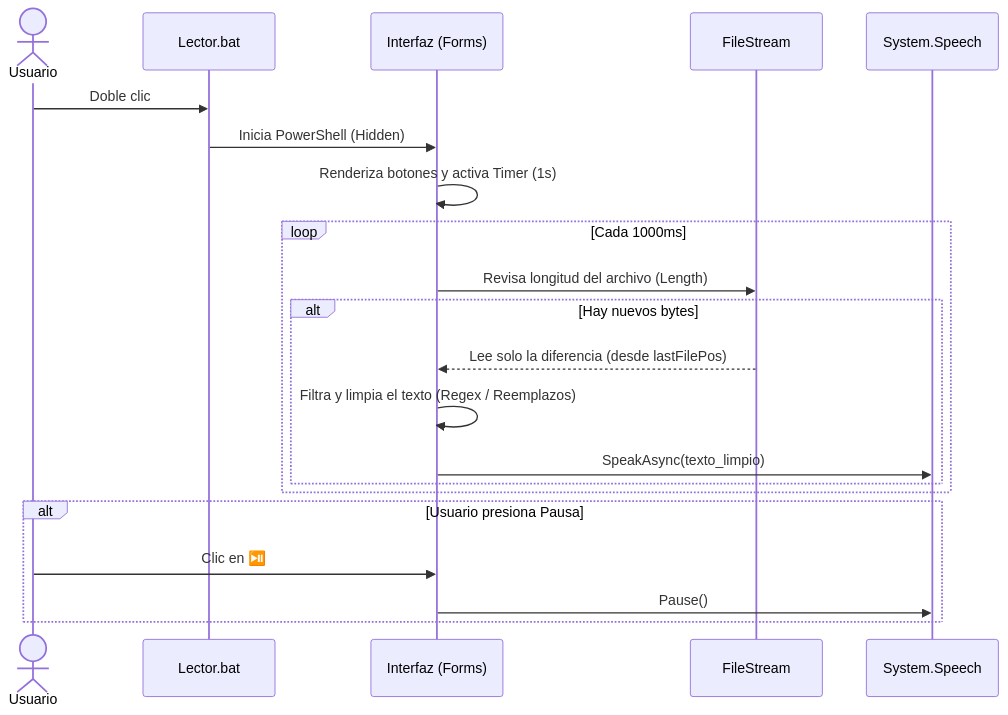
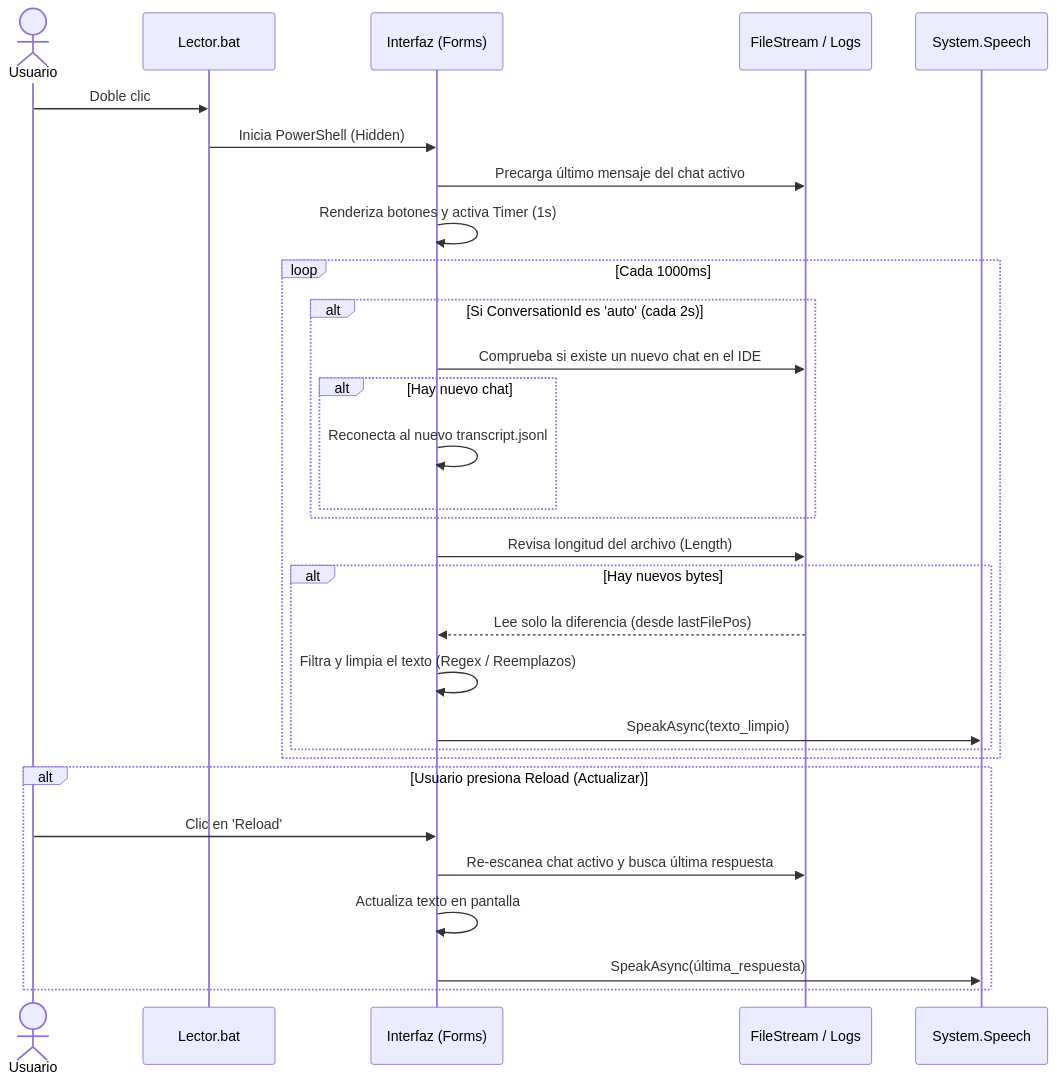
The second of 2 diagrams in Project.md (dwn10/AntigravityVoiceReader), drawn with Mermaid before and after one commit. The commit also changed other lines of this file and 4 other files, not shown here.

````diff
--- a/Project.md
+++ b/Project.md
@@ -77,26 +77,35 @@
 ```mermaid
 sequenceDiagram
     actor U as Usuario
     participant B as Lector.bat
     participant GUI as Interfaz (Forms)
-    participant FS as FileStream
+    participant FS as FileStream / Logs
     participant TTS as System.Speech
 
     U->>B: Doble clic
     B->>GUI: Inicia PowerShell (Hidden)
+    GUI->>FS: Precarga último mensaje del chat activo
     GUI->>GUI: Renderiza botones y activa Timer (1s)
     
     loop Cada 1000ms
+        alt Si ConversationId es 'auto' (cada 2s)
+            GUI->>FS: Comprueba si existe un nuevo chat en el IDE
+            alt Hay nuevo chat
+                GUI->>GUI: Reconecta al nuevo transcript.jsonl
+            end
+        end
         GUI->>FS: Revisa longitud del archivo (Length)
         alt Hay nuevos bytes
             FS-->>GUI: Lee solo la diferencia (desde lastFilePos)
             GUI->>GUI: Filtra y limpia el texto (Regex / Reemplazos)
             GUI->>TTS: SpeakAsync(texto_limpio)
         end
     end
     
-    alt Usuario presiona Pausa
-        U->>GUI: Clic en ⏯️
-        GUI->>TTS: Pause()
+    alt Usuario presiona Reload (Actualizar)
+        U->>GUI: Clic en 'Reload'
+        GUI->>FS: Re-escanea chat activo y busca última respuesta
+        GUI->>GUI: Actualiza texto en pantalla
+        GUI->>TTS: SpeakAsync(última_respuesta)
     end
 ```
````
